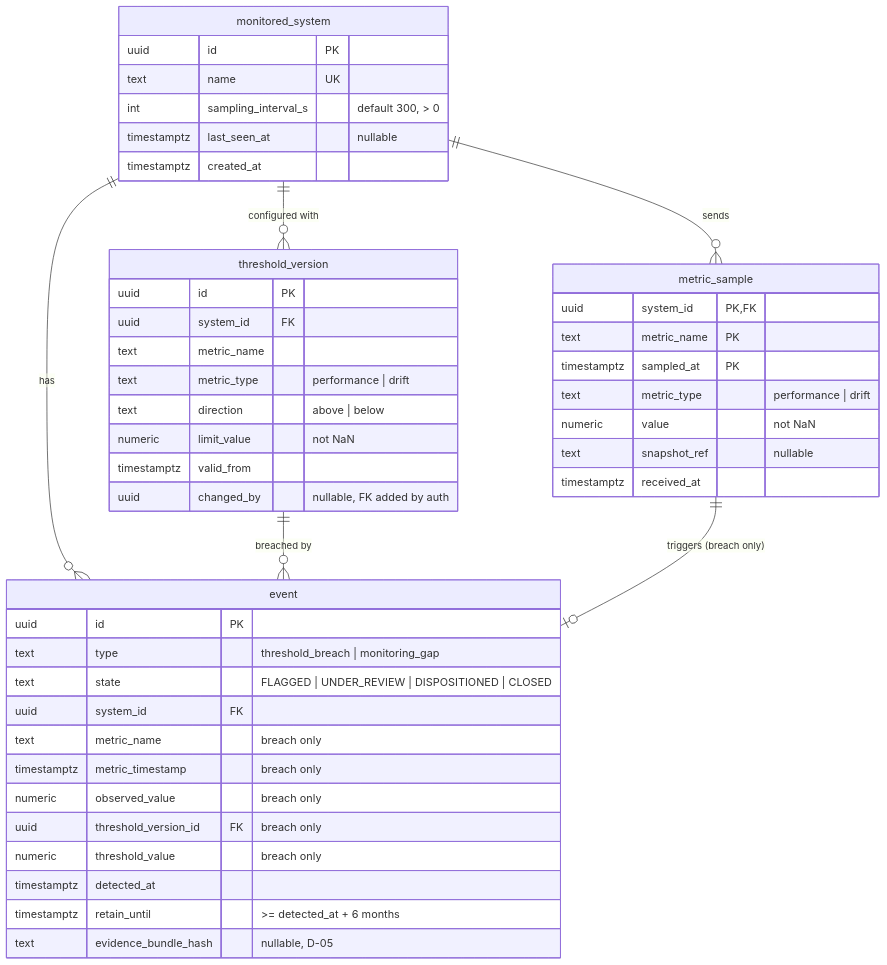
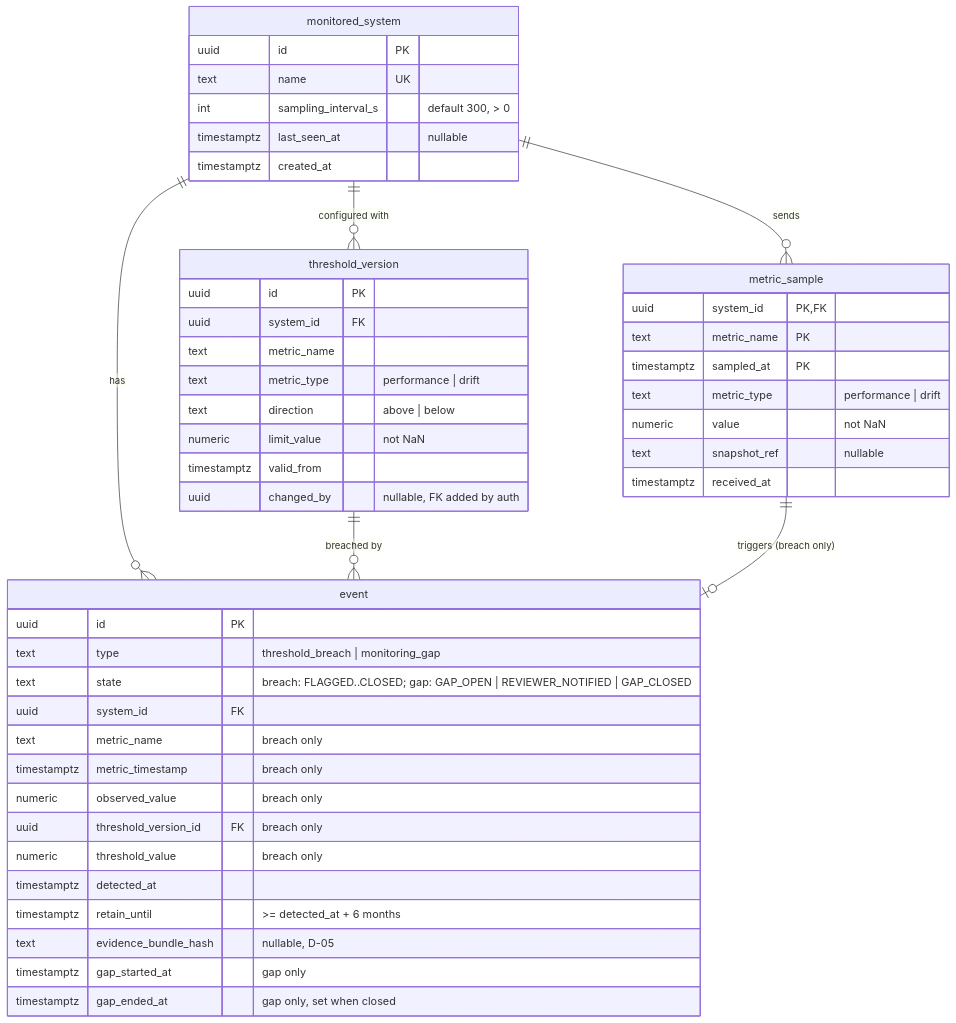
Before and after one commit to aryan0dhi/ai-compliance-monitor: the diagram in docs/database.md, drawn with Mermaid. The commit also changed other lines of this file and 89 other files, not shown here.

````diff
--- a/docs/database.md
+++ b/docs/database.md
@@ -14,49 +15,51 @@
 ```mermaid
 erDiagram
     monitored_system ||--o{ metric_sample : "sends"
     monitored_system ||--o{ threshold_version : "configured with"
     monitored_system ||--o{ event : "has"
     threshold_version ||--o{ event : "breached by"
     metric_sample ||--o| event : "triggers (breach only)"
 
     monitored_system {
         uuid id PK
         text name UK
         int sampling_interval_s "default 300, > 0"
         timestamptz last_seen_at "nullable"
         timestamptz created_at
     }
     metric_sample {
         uuid system_id PK,FK
         text metric_name PK
         timestamptz sampled_at PK
         text metric_type "performance | drift"
         numeric value "not NaN"
         text snapshot_ref "nullable"
         timestamptz received_at
     }
     threshold_version {
         uuid id PK
         uuid system_id FK
         text metric_name
         text metric_type "performance | drift"
         text direction "above | below"
         numeric limit_value "not NaN"
         timestamptz valid_from
         uuid changed_by "nullable, FK added by auth"
     }
     event {
         uuid id PK
         text type "threshold_breach | monitoring_gap"
-        text state "FLAGGED | UNDER_REVIEW | DISPOSITIONED | CLOSED"
+        text state "breach: FLAGGED..CLOSED; gap: GAP_OPEN | REVIEWER_NOTIFIED | GAP_CLOSED"
         uuid system_id FK
         text metric_name "breach only"
         timestamptz metric_timestamp "breach only"
         numeric observed_value "breach only"
         uuid threshold_version_id FK "breach only"
         numeric threshold_value "breach only"
         timestamptz detected_at
         timestamptz retain_until ">= detected_at + 6 months"
         text evidence_bundle_hash "nullable, D-05"
+        timestamptz gap_started_at "gap only"
+        timestamptz gap_ended_at "gap only, set when closed"
     }
 ```
````
